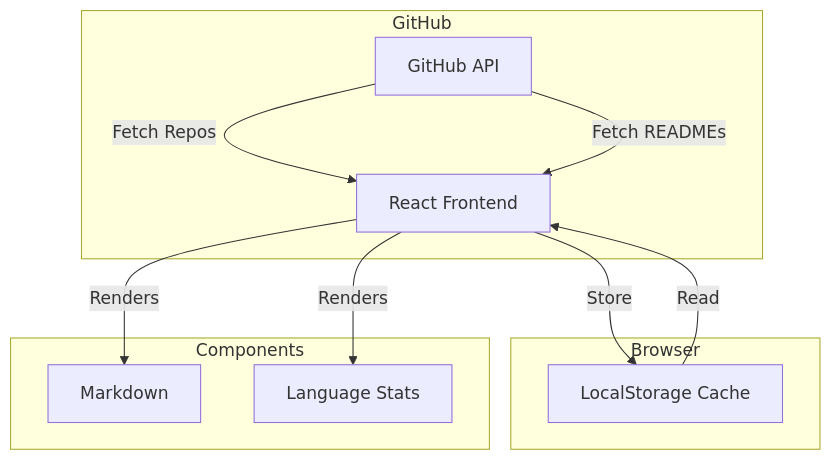
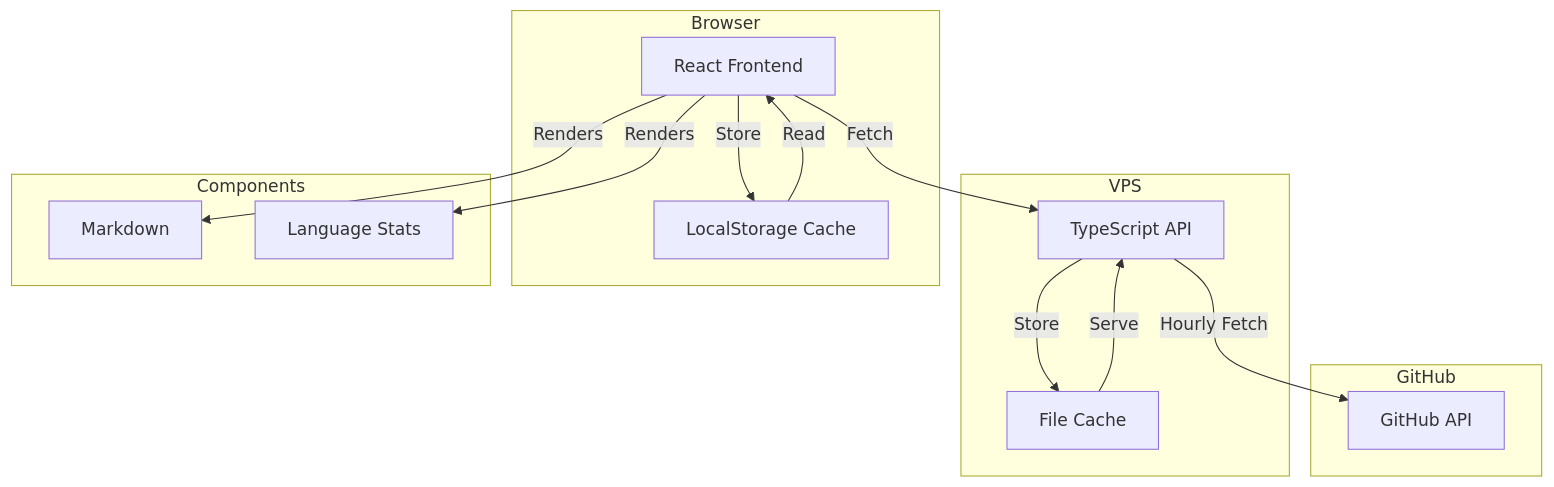
The diagram in README.md (matthewabbott/personal-kb), drawn with Mermaid before and after one commit. The commit also changed other lines of this file and 11 other files, not shown here.

````diff
--- a/README.md
+++ b/README.md
@@ -7,17 +7,23 @@
 ```mermaid
 flowchart TD
     subgraph GitHub
-        GH[GitHub API] --> |Fetch Repos| FE
-        GH --> |Fetch READMEs| FE
+        GH[GitHub API]
+    end
+
+    subgraph "VPS"
+        API[TypeScript API] --> |Hourly Fetch| GH
+        API --> |Store| FS[File Cache]
+        FS --> |Serve| API
     end
 
     subgraph "Browser"
-        FE[React Frontend] --> |Store| LC[LocalStorage Cache]
+        FE[React Frontend] --> |Fetch| API
+        FE --> |Store| LC[LocalStorage Cache]
         LC --> |Read| FE
     end
 
     subgraph "Components"
         FE --> |Renders| MD[Markdown]
         FE --> |Renders| LS[Language Stats]
     end
 ```
````
